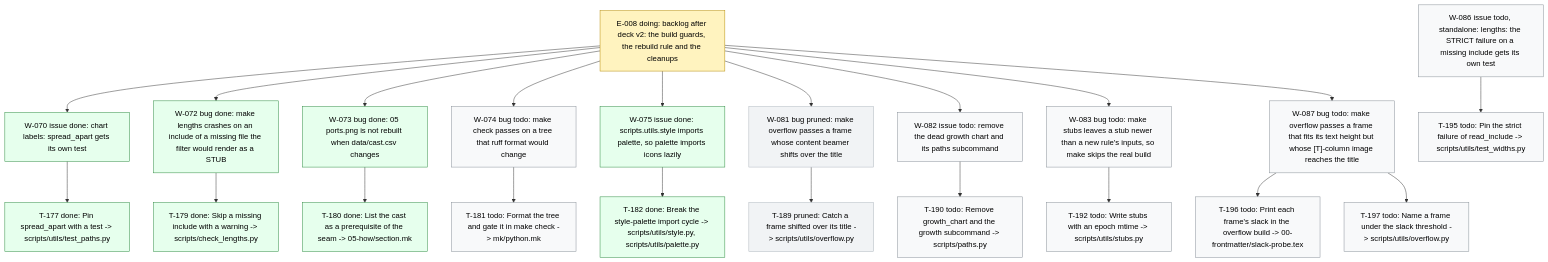
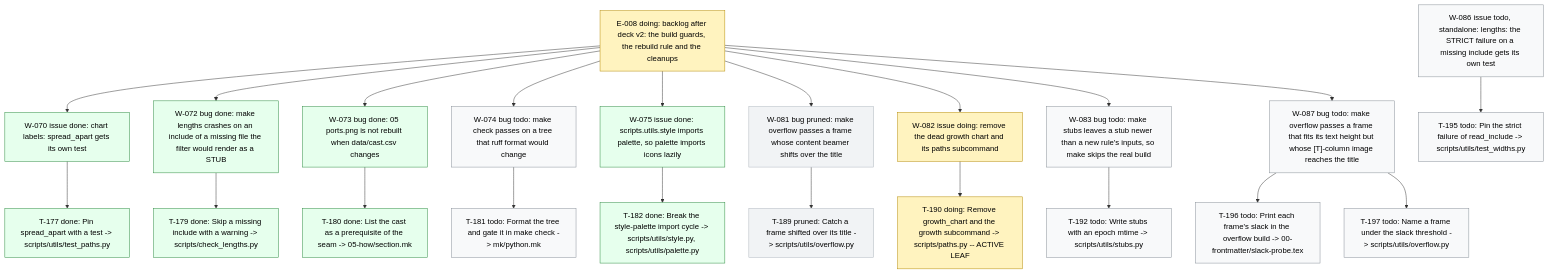
One commit to dpopchev/chaos-to-simple changed the diagram in .board/BOARD.md. Above: the diagram before and after it, drawn with Mermaid. The commit also changed other lines of this file and 2 other files, not shown here.

Commit message:
chore(board): activate W-082, start T-190
Refs: W-082 T-190

````diff
--- a/.board/BOARD.md
+++ b/.board/BOARD.md
@@ -487,34 +487,34 @@
 ```mermaid
 flowchart TD
   E008["E-008 doing: backlog after deck v2: the build guards, the rebuild rule and the cleanups"]
   E008 --> W070["W-070 issue done: chart labels: spread_apart gets its own test"]
   W070 --> T177["T-177 done: Pin spread_apart with a test -> scripts/utils/test_paths.py"]
   E008 --> W072["W-072 bug done: make lengths crashes on an include of a missing file the filter would render as a STUB"]
   W072 --> T179["T-179 done: Skip a missing include with a warning -> scripts/check_lengths.py"]
   E008 --> W073["W-073 bug done: 05 ports.png is not rebuilt when data/cast.csv changes"]
   W073 --> T180["T-180 done: List the cast as a prerequisite of the seam -> 05-how/section.mk"]
   E008 --> W074["W-074 bug todo: make check passes on a tree that ruff format would change"]
   W074 --> T181["T-181 todo: Format the tree and gate it in make check -> mk/python.mk"]
   E008 --> W075["W-075 issue done: scripts.utils.style imports palette, so palette imports icons lazily"]
   W075 --> T182["T-182 done: Break the style-palette import cycle -> scripts/utils/style.py, scripts/utils/palette.py"]
   E008 --> W081["W-081 bug pruned: make overflow passes a frame whose content beamer shifts over the title"]
   W081 --> T189["T-189 pruned: Catch a frame shifted over its title -> scripts/utils/overflow.py"]
-  E008 --> W082["W-082 issue todo: remove the dead growth chart and its paths subcommand"]
-  W082 --> T190["T-190 todo: Remove growth_chart and the growth subcommand -> scripts/paths.py"]
+  E008 --> W082["W-082 issue doing: remove the dead growth chart and its paths subcommand"]
+  W082 --> T190["T-190 doing: Remove growth_chart and the growth subcommand -> scripts/paths.py -- ACTIVE LEAF"]
   E008 --> W083["W-083 bug todo: make stubs leaves a stub newer than a new rule's inputs, so make skips the real build"]
   W083 --> T192["T-192 todo: Write stubs with an epoch mtime -> scripts/utils/stubs.py"]
   E008 --> W087["W-087 bug todo: make overflow passes a frame that fits its text height but whose [T]-column image reaches the title"]
   W087 --> T196["T-196 todo: Print each frame's slack in the overflow build -> 00-frontmatter/slack-probe.tex"]
   W087 --> T197["T-197 todo: Name a frame under the slack threshold -> scripts/utils/overflow.py"]
   W086["W-086 issue todo, standalone: lengths: the STRICT failure on a missing include gets its own test"]
   W086 --> T195["T-195 todo: Pin the strict failure of read_include -> scripts/utils/test_widths.py"]
   classDef doing fill:#fff3bf,stroke:#b58900,color:#000;
   classDef blocked fill:#ffe3e3,stroke:#c92a2a,color:#000;
   classDef done fill:#e6ffed,stroke:#2b8a3e,color:#000;
   classDef todo fill:#f8f9fa,stroke:#868e96,color:#000;
   classDef pruned fill:#f1f3f5,stroke:#adb5bd,color:#000;
-  class E008 doing
+  class E008,W082,T190 doing
   class W070,T177,W072,T179,W073,T180,W075,T182 done
-  class W074,T181,W082,T190,W083,T192,W087,T196,T197,W086,T195 todo
+  class W074,T181,W083,T192,W087,T196,T197,W086,T195 todo
   class W081,T189 pruned
 ```
````
